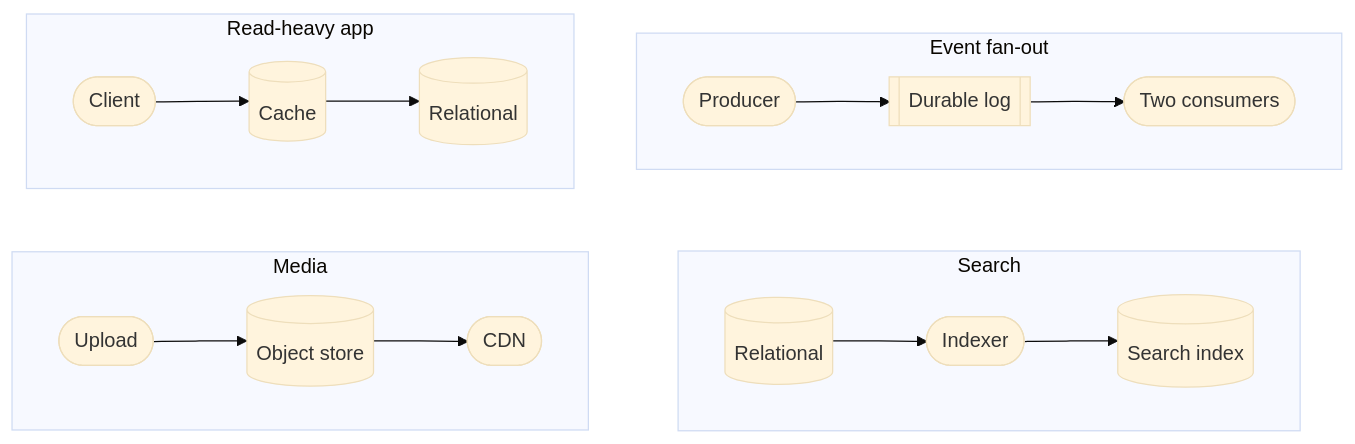
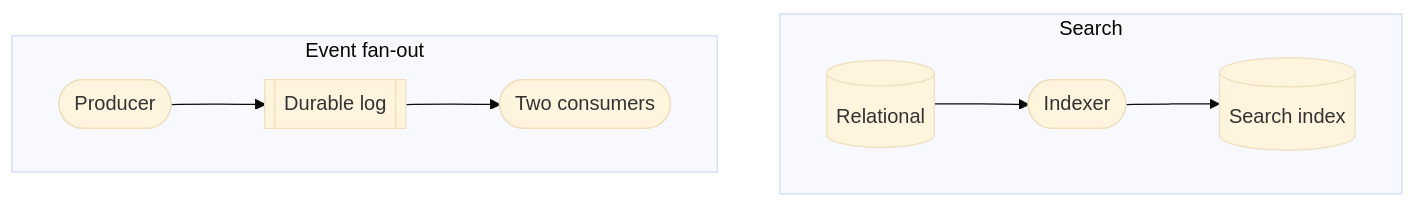
One commit to Laticent/lattice changed the fifth of 32 diagrams in examples/system-design-foundations.md. Above: the diagram before and after it, drawn with Mermaid (base theme). The commit also changed other lines of this file and 2 other files, not shown here.

````diff
--- a/examples/system-design-foundations.md
+++ b/examples/system-design-foundations.md
@@ -964,21 +982,11 @@
 ```mermaid
 flowchart TB
+  subgraph d["Search"]
+    direction LR
+    D1[("Relational")] --> D2(["Indexer"]) --> D3[("Search index")]
+  end
   subgraph b["Event fan-out"]
     direction LR
     B1(["Producer"]) --> B2[["Durable log"]] --> B3(["Two consumers"])
   end
-  subgraph a["Read-heavy app"]
-    direction LR
-    A1(["Client"]) --> A2[("Cache")] --> A3[("Relational")]
-  end
-  subgraph d["Search"]
-    direction LR
-    D1[("Relational")] --> D2(["Indexer"]) --> D3[("Search index")]
-  end
-  subgraph c["Media"]
-    direction LR
-    C1(["Upload"]) --> C2[("Object store")] --> C3(["CDN"])
-  end
-  a ~~~ c
-  b ~~~ d
 ```
````
